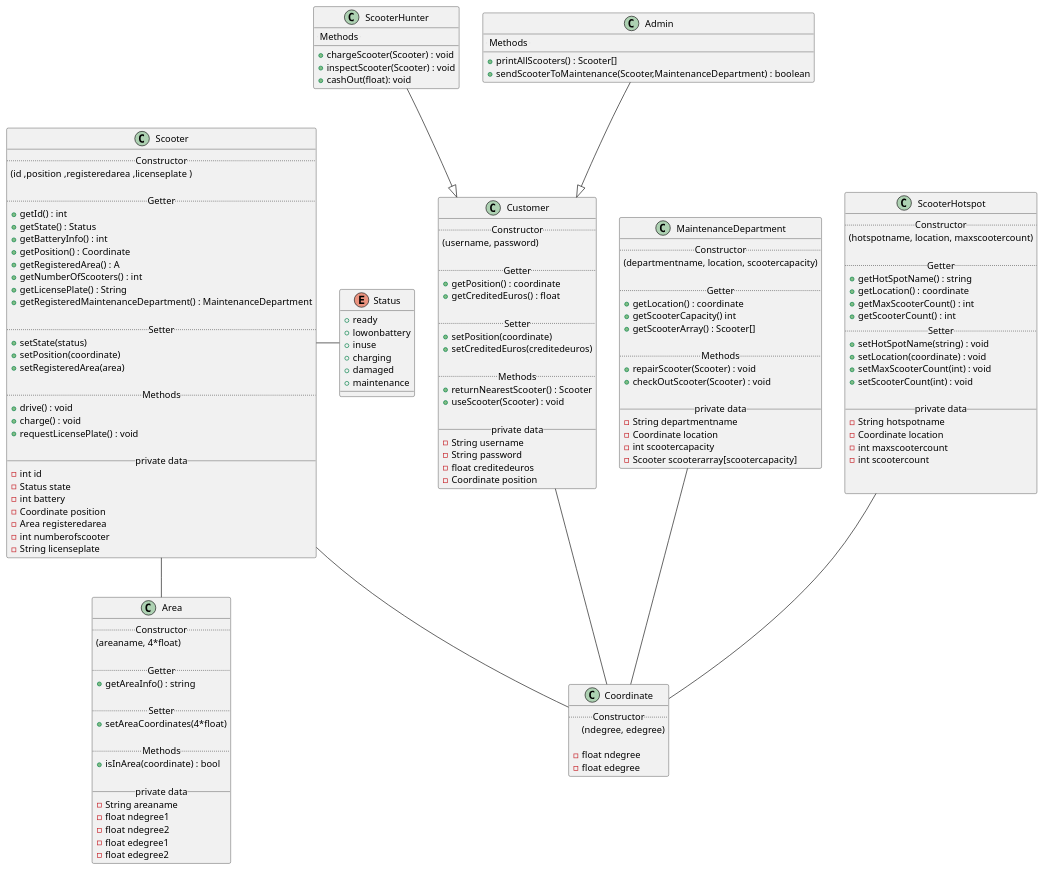
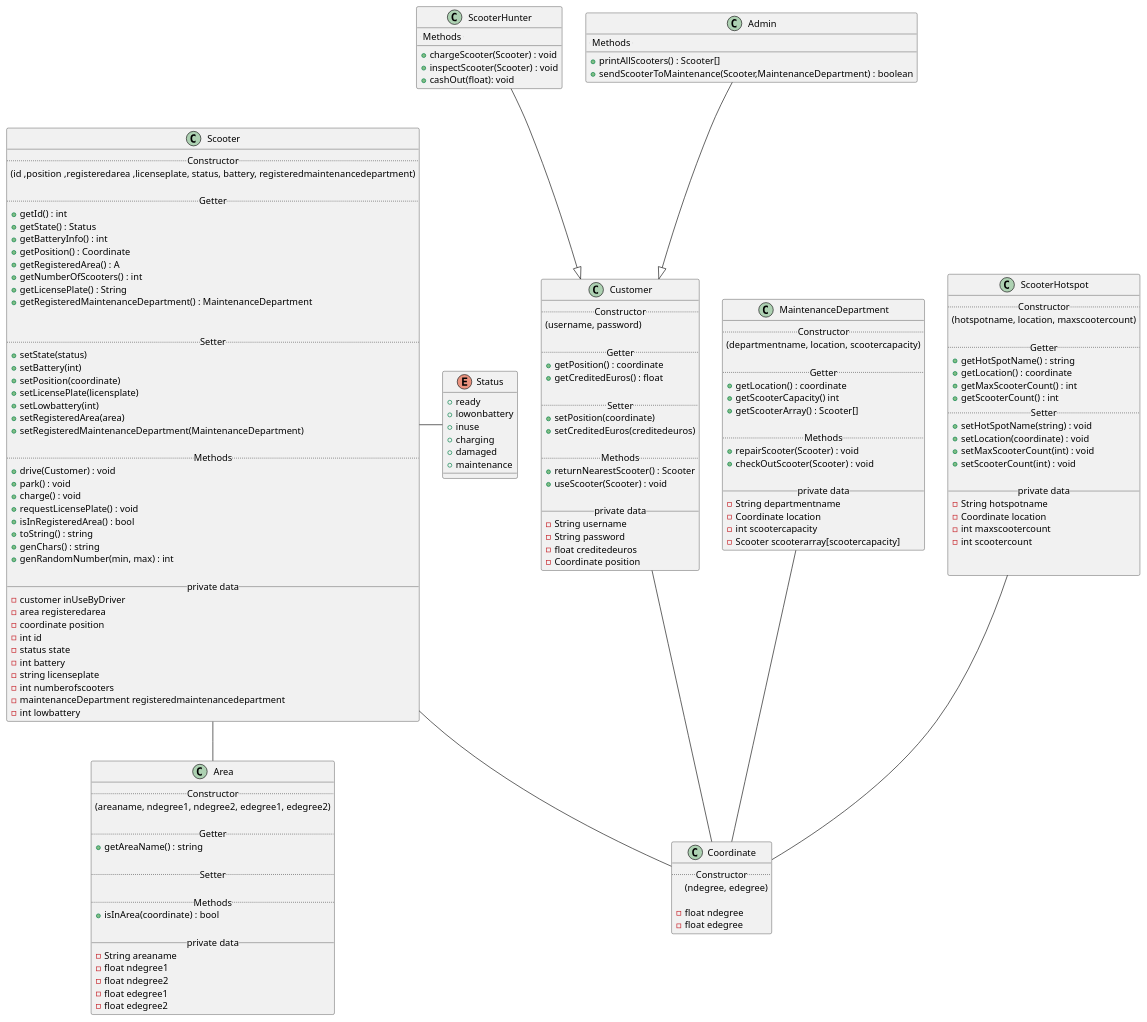
One commit to fh-erfurt/Scooter-MS changed the diagram in umldiagram.iuml. Above: the diagram before and after it, drawn with PlantUML. The commit also changed 1 other file, not shown here.

Commit message:
updated uml

```diff
--- a/umldiagram.iuml
+++ b/umldiagram.iuml
@@ -1,181 +1,193 @@
 @startuml
 
 
 
 
 
 skinparam componentStyle uml2
 
 
 
 class Scooter {
     .. Constructor ..
-      (id ,position ,registeredarea ,licenseplate )
+      (id ,position ,registeredarea ,licenseplate, status, battery, registeredmaintenancedepartment)
 
     .. Getter ..
   + getId() : int
   + getState() : Status
   + getBatteryInfo() : int
   + getPosition() : Coordinate
   + getRegisteredArea() : A
   + getNumberOfScooters() : int
   + getLicensePlate() : String
   + getRegisteredMaintenanceDepartment() : MaintenanceDepartment
 
+
   .. Setter ..
   + setState(status)
+  + setBattery(int)
   + setPosition(coordinate)
+  + setLicensePlate(licensplate)
+  + setLowbattery(int)
   + setRegisteredArea(area)
+  + setRegisteredMaintenanceDepartment(MaintenanceDepartment)
 
   .. Methods ..
-  + drive() : void
+  + drive(Customer) : void
+  + park() : void
   + charge() : void
   + requestLicensePlate() : void
+  + isInRegisteredArea() : bool
+  + toString() : string
+  + genChars() : string
+  + genRandomNumber(min, max) : int
 
   __ private data __
-  -int id
-  -Status state
-  -int battery
-  -Coordinate position
-  -Area registeredarea
-  -int numberofscooter
-  -String licenseplate
+  - customer inUseByDriver
+  - area registeredarea
+  - coordinate position
+  - int id
+  - status state
+  - int battery
+  - string licenseplate
+  - int numberofscooters
+  - maintenanceDepartment registeredmaintenancedepartment
+  - int lowbattery
 }
 
 class Area {
   .. Constructor ..
-  (areaname, 4*float)
+  (areaname, ndegree1, ndegree2, edegree1, edegree2)
 
   .. Getter ..
-  + getAreaInfo() : string
+  + getAreaName() : string
 
   .. Setter ..
-  + setAreaCoordinates(4*float)
 
   .. Methods ..
   + isInArea(coordinate) : bool
 
   __ private data __
   -String areaname
   -float ndegree1
   -float ndegree2
   -float edegree1
   -float edegree2
 }
 
 
 
 class Coordinate {
   .. Constructor ..
   (ndegree, edegree)
 
   -float ndegree
   -float edegree
 }
 
 
 class Customer {
   .. Constructor ..
   (username, password)
 
   .. Getter ..
   + getPosition() : coordinate
   + getCreditedEuros() : float
 
   .. Setter ..
   + setPosition(coordinate)
   + setCreditedEuros(creditedeuros)
 
   .. Methods ..
   + returnNearestScooter() : Scooter
   + useScooter(Scooter) : void
 
   __ private data __
   -String username
   -String password
   -float creditedeuros
   -Coordinate position
 }
 
 class ScooterHunter {
 
   .. Methods ..
   + chargeScooter(Scooter) : void
   + inspectScooter(Scooter) : void
   + cashOut(float): void
 }
 
 class Admin {
 
   .. Methods ..
   + printAllScooters() : Scooter[]
   + sendScooterToMaintenance(Scooter,MaintenanceDepartment) : boolean
 
 }
 
 
 class MaintenanceDepartment {
   .. Constructor ..
 (departmentname, location, scootercapacity)
 
   .. Getter ..
   + getLocation() : coordinate
   + getScooterCapacity() int
   + getScooterArray() : Scooter[]
 
   .. Methods ..
   + repairScooter(Scooter) : void
   + checkOutScooter(Scooter) : void
 
   __ private data __
   -String departmentname
   -Coordinate location
   -int scootercapacity
   -Scooter scooterarray[scootercapacity]
 }
 
 
 class ScooterHotspot {
   .. Constructor ..
 (hotspotname, location, maxscootercount)
 
   .. Getter ..
   + getHotSpotName() : string
   + getLocation() : coordinate
   + getMaxScooterCount() : int
   + getScooterCount() : int
   .. Setter ..
   + setHotSpotName(string) : void
   + setLocation(coordinate) : void
   + setMaxScooterCount(int) : void
   + setScooterCount(int) : void
 
   __ private data __
   -String hotspotname
   -Coordinate location
   -int maxscootercount
   -int scootercount
 
 
 }
 
 enum Status {
   + ready
   + lowonbattery
   + inuse
   + charging
   + damaged
   + maintenance
 }
 
 Admin --|> Customer
 ScooterHunter --|> Customer
 Scooter - Status
 Scooter -- Coordinate
 Scooter -- Area
 MaintenanceDepartment -- Coordinate
 ScooterHotspot -- Coordinate
 Customer -- Coordinate
 
 
 @enduml
```
